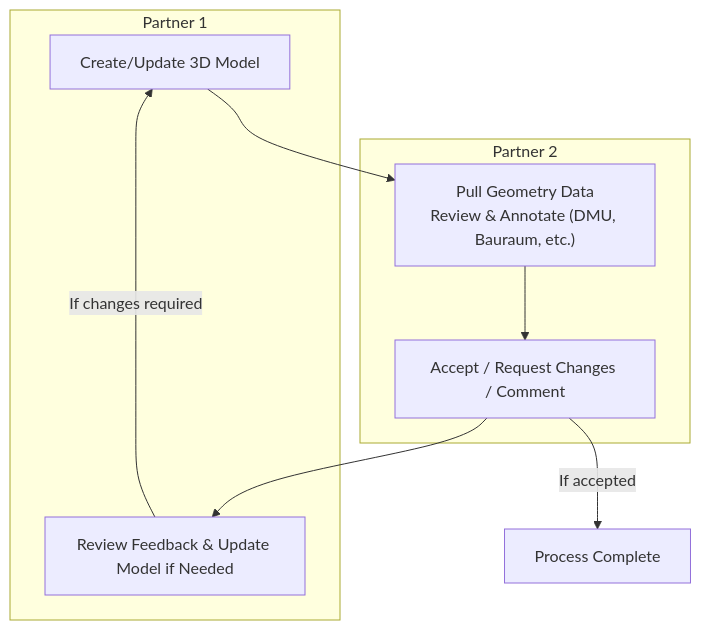
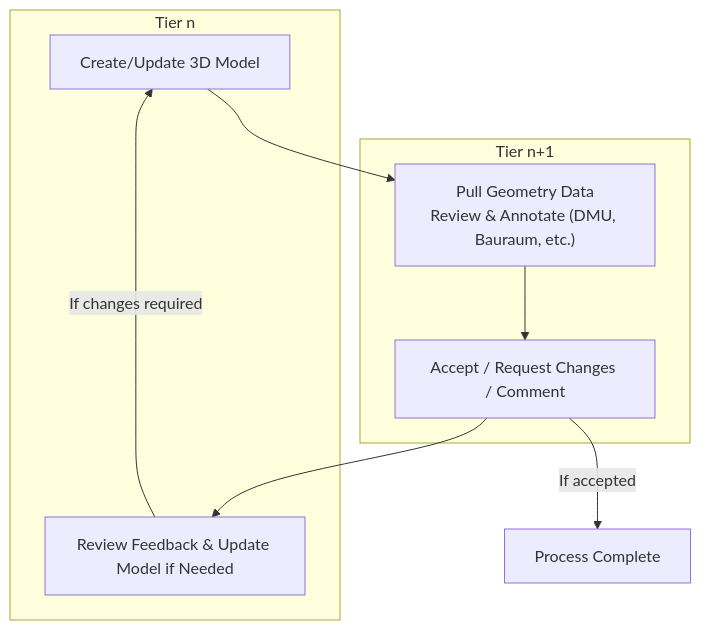
Before and after one commit to MartinEnders/eclipse-tractusx.github.io: the first of 3 diagrams in docs-kits/kits/geometry-kit/adoption-view.md, drawn with Mermaid. The commit also changed other lines of this file, not shown here.

Commit message:
removed: unnessesary comments, fixed: Wording, Tier n, Diagrams; added: file type desc column to table

````diff
--- a/docs-kits/kits/geometry-kit/adoption-view.md
+++ b/docs-kits/kits/geometry-kit/adoption-view.md
@@ -120,18 +81,18 @@
 ```mermaid
 flowchart TD
-	subgraph Partner_1 ["Partner 1"]
+	subgraph Partner_1 ["Tier n"]
 		A["Create/Update 3D Model"]
 		D["Review Feedback & Update Model if Needed"]
 	end
 
-	subgraph Partner_2 ["Partner 2"]
+	subgraph Partner_2 ["Tier n+1"]
 		B["Pull Geometry Data<br/>Review & Annotate (DMU, Bauraum, etc.)"]
 		C["Accept / Request Changes / Comment"]
 	end
 
 	A --> B
 	B --> C
 	C --> D
 	D -- "If changes required" --> A
 	C -- "If accepted" --> E["Process Complete"]
 ```
````
